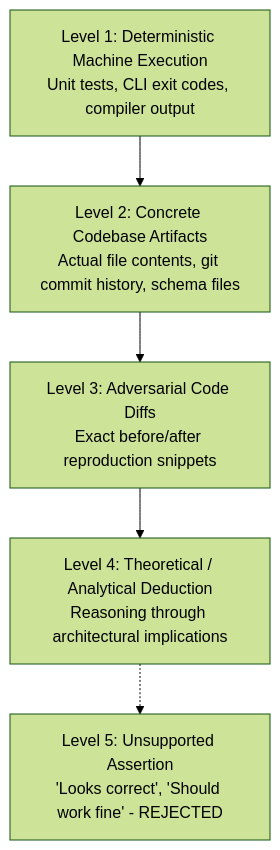
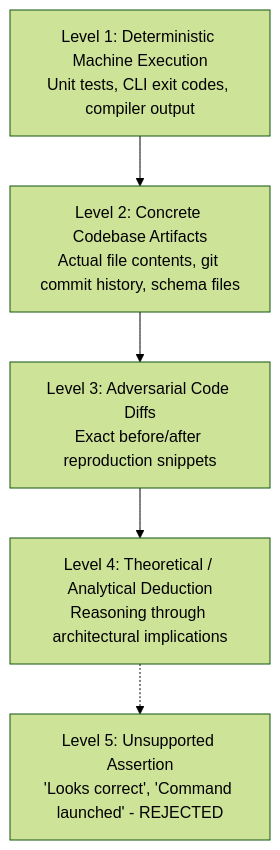
Before and after one commit to egagofur/ai-engineering-loop: the diagram in policies/evidence-policy.md, drawn with Mermaid (forest theme). The commit also changed other lines of this file and 9 other files, not shown here.

````diff
--- a/policies/evidence-policy.md
+++ b/policies/evidence-policy.md
@@ -17,10 +31,10 @@
 ```mermaid
 flowchart TD
     E1[Level 1: Deterministic Machine Execution<br>Unit tests, CLI exit codes, compiler output]
     E2[Level 2: Concrete Codebase Artifacts<br>Actual file contents, git commit history, schema files]
     E3[Level 3: Adversarial Code Diffs<br>Exact before/after reproduction snippets]
     E4[Level 4: Theoretical / Analytical Deduction<br>Reasoning through architectural implications]
-    E5[Level 5: Unsupported Assertion<br>'Looks correct', 'Should work fine' - REJECTED]
+    E5[Level 5: Unsupported Assertion<br>'Looks correct', 'Command launched' - REJECTED]
 
     E1 --> E2 --> E3 --> E4 -.-> E5
 ```
````
